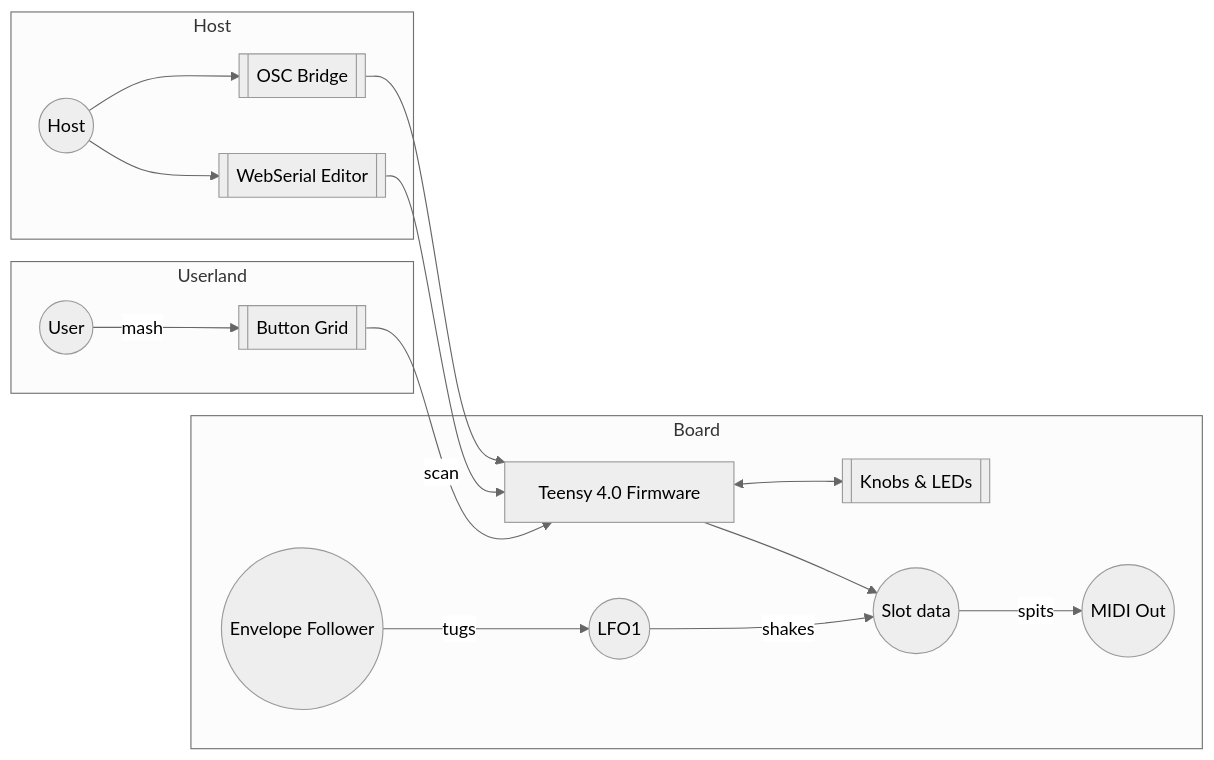
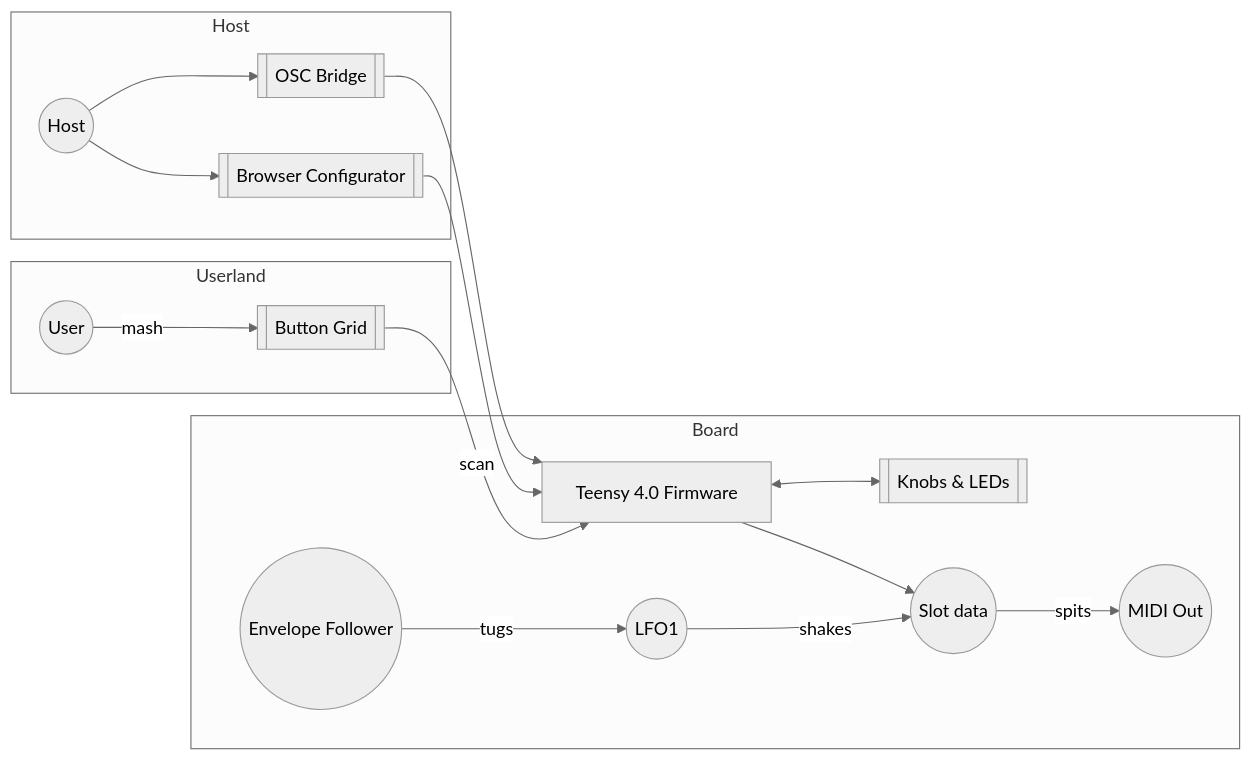
One commit to bseverns/MOARkNOBS-42 changed the diagram in README.md. Above: the diagram before and after it, drawn with Mermaid (neutral theme). The commit also changed other lines of this file and 11 other files, not shown here.

````diff
--- a/README.md
+++ b/README.md
@@ -100,26 +108,26 @@
 ```mermaid
 flowchart LR
   subgraph Userland
     User((User))
     Grid[[Button Grid]]
   end
   subgraph Host
     HostPC((Host))
-    WebSerial[[WebSerial Editor]]
+    WebSerial[[Browser Configurator]]
     Bridge[[OSC Bridge]]
   end
   subgraph Board
     Firmware[Teensy 4.0 Firmware]
     Hardware[[Knobs & LEDs]]
     MIDIOut((MIDI Out))
     LFO1((LFO1))
     Env((Envelope Follower))
     Slot42((Slot data))
   end
   User -->|mash| Grid -->|scan| Firmware
   HostPC --> WebSerial --> Firmware
   HostPC --> Bridge --> Firmware
   Firmware <--> Hardware
   Env -->|tugs| LFO1 -->|shakes| Slot42 -->|spits| MIDIOut
   Firmware --> Slot42
 ```
````
